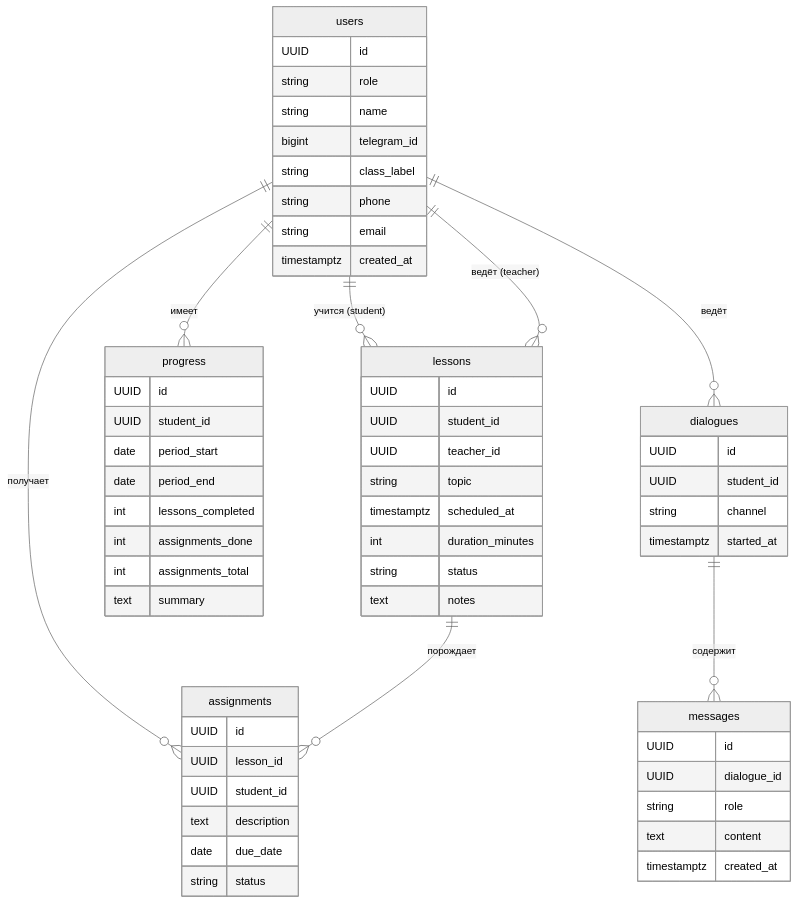
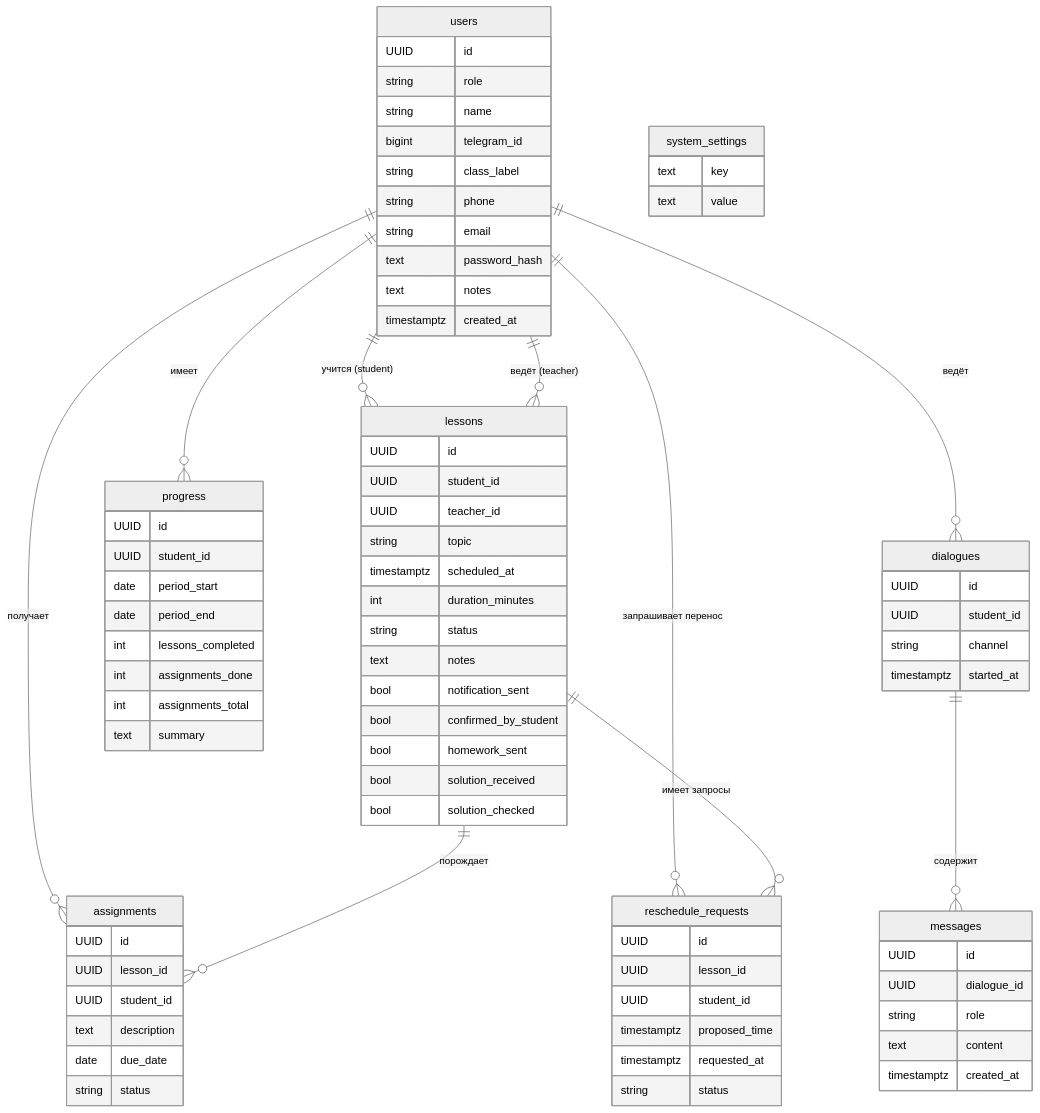
The diagram in docs/data-model.md (vzolotopupov77/Ttlg_bot_learning), drawn with Mermaid (neutral theme) before and after one commit. The commit also changed other lines of this file and 17 other files, not shown here.

````diff
--- a/docs/data-model.md
+++ b/docs/data-model.md
@@ -115,6 +150,8 @@
         string class_label
         string phone
         string email
+        text password_hash
+        text notes
         timestamptz created_at
     }
 
@@ -127,6 +164,25 @@
         int duration_minutes
         string status
         text notes
+        bool notification_sent
+        bool confirmed_by_student
+        bool homework_sent
+        bool solution_received
+        bool solution_checked
+    }
+
+    reschedule_requests {
+        UUID id
+        UUID lesson_id
+        UUID student_id
+        timestamptz proposed_time
+        timestamptz requested_at
+        string status
+    }
+
+    system_settings {
+        text key
+        text value
     }
 
     assignments {
@@ -169,6 +225,8 @@
     users ||--o{ assignments : "получает"
     users ||--o{ progress : "имеет"
     users ||--o{ dialogues : "ведёт"
+    users ||--o{ reschedule_requests : "запрашивает перенос"
     lessons ||--o{ assignments : "порождает"
+    lessons ||--o{ reschedule_requests : "имеет запросы"
     dialogues ||--o{ messages : "содержит"
 ```
````
